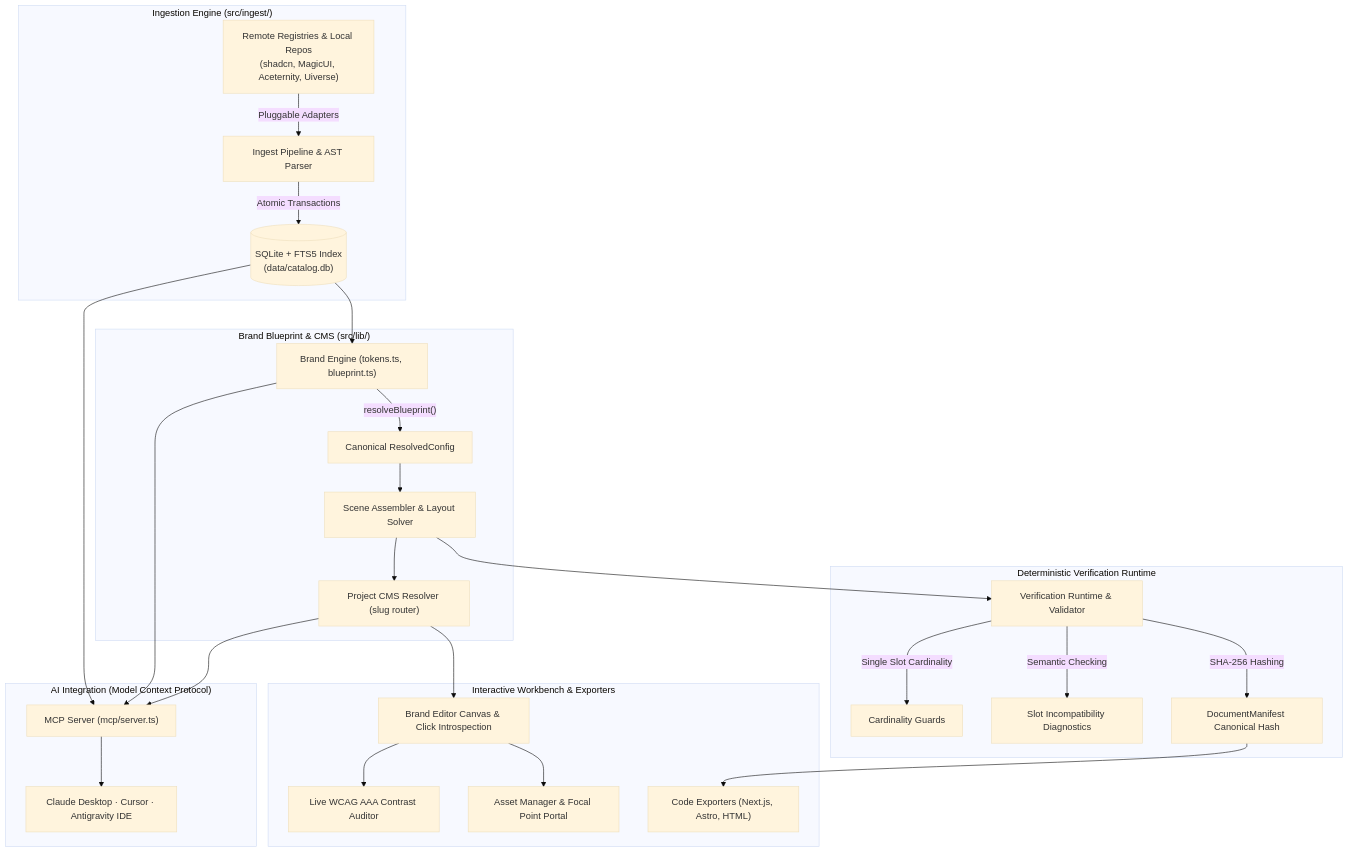
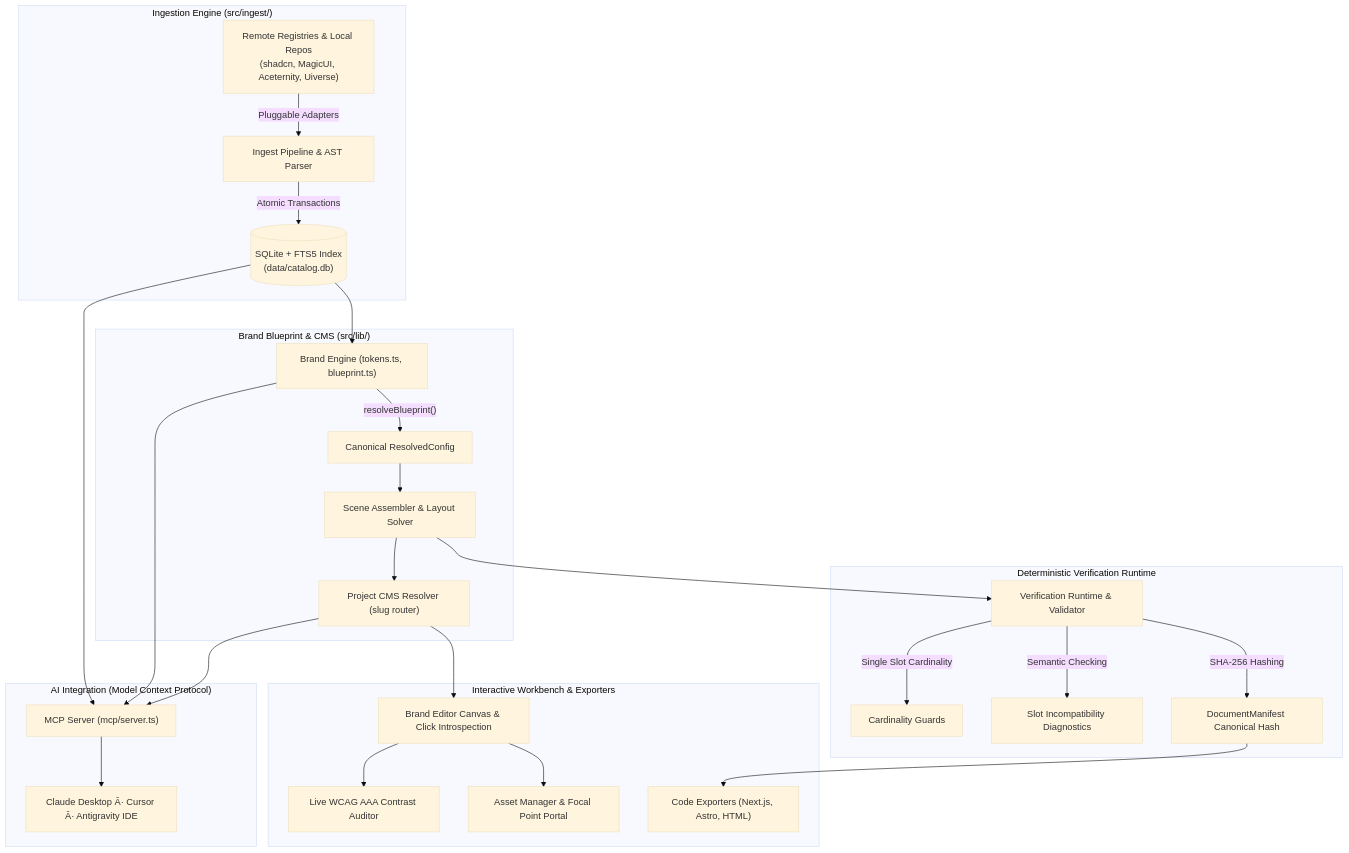
One commit to IvanjonasFC/Golden-Path-Studio changed the diagram in README.md. Above: the diagram before and after it, drawn with Mermaid (base theme). The commit also changed other lines of this file, not shown here.

````diff
--- a/README.md
+++ b/README.md
@@ -61,33 +63,33 @@
 ```mermaid
 graph TD
     subgraph INGESTION ["Ingestion Engine (src/ingest/)"]
         SRC["Remote Registries & Local Repos<br/>(shadcn, MagicUI, Aceternity, Uiverse)"] -->|"Pluggable Adapters"| ING["Ingest Pipeline & AST Parser"]
         ING -->|"Atomic Transactions"| DB[("SQLite + FTS5 Index<br/>(data/catalog.db)")]
     end
 
     subgraph ENGINE ["Brand Blueprint & CMS (src/lib/)"]
         DB --> BRAND["Brand Engine (tokens.ts, blueprint.ts)"]
         BRAND -->|"resolveBlueprint()"| RESOLVED["Canonical ResolvedConfig"]
         RESOLVED --> ASSEMBLE["Scene Assembler & Layout Solver"]
         ASSEMBLE --> CMS["Project CMS Resolver (slug router)"]
     end
 
     subgraph VERIFICATION ["Deterministic Verification Runtime"]
         ASSEMBLE --> VERIFY["Verification Runtime & Validator"]
         VERIFY -->|"Single Slot Cardinality"| CHK1["Cardinality Guards"]
         VERIFY -->|"Semantic Checking"| CHK2["Slot Incompatibility Diagnostics"]
         VERIFY -->|"SHA-256 Hashing"| HASH["DocumentManifest Canonical Hash"]
     end
 
     subgraph RUNTIME ["Interactive Workbench & Exporters"]
         CMS --> CANVAS["Brand Editor Canvas & Click Introspection"]
         CANVAS --> WCAG["Live WCAG AAA Contrast Auditor"]
         CANVAS --> ASSETS["Asset Manager & Focal Point Portal"]
         HASH --> EXP["Code Exporters (Next.js, Astro, HTML)"]
     end
 
     subgraph AI ["AI Integration (Model Context Protocol)"]
         DB & BRAND & CMS --> MCP["MCP Server (mcp/server.ts)"]
-        MCP --> CLIENTS["Claude Desktop · Cursor · Antigravity IDE"]
+        MCP --> CLIENTS["Claude Desktop Â· Cursor Â· Antigravity IDE"]
     end
 ```
````
